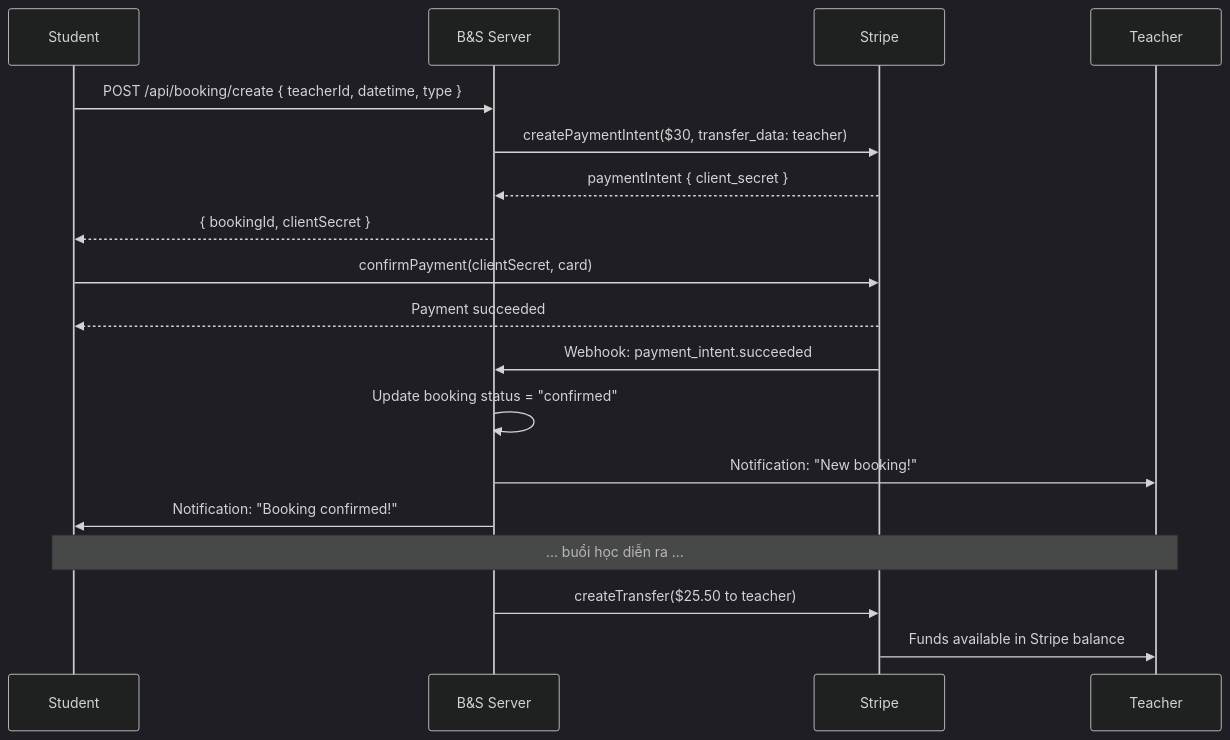
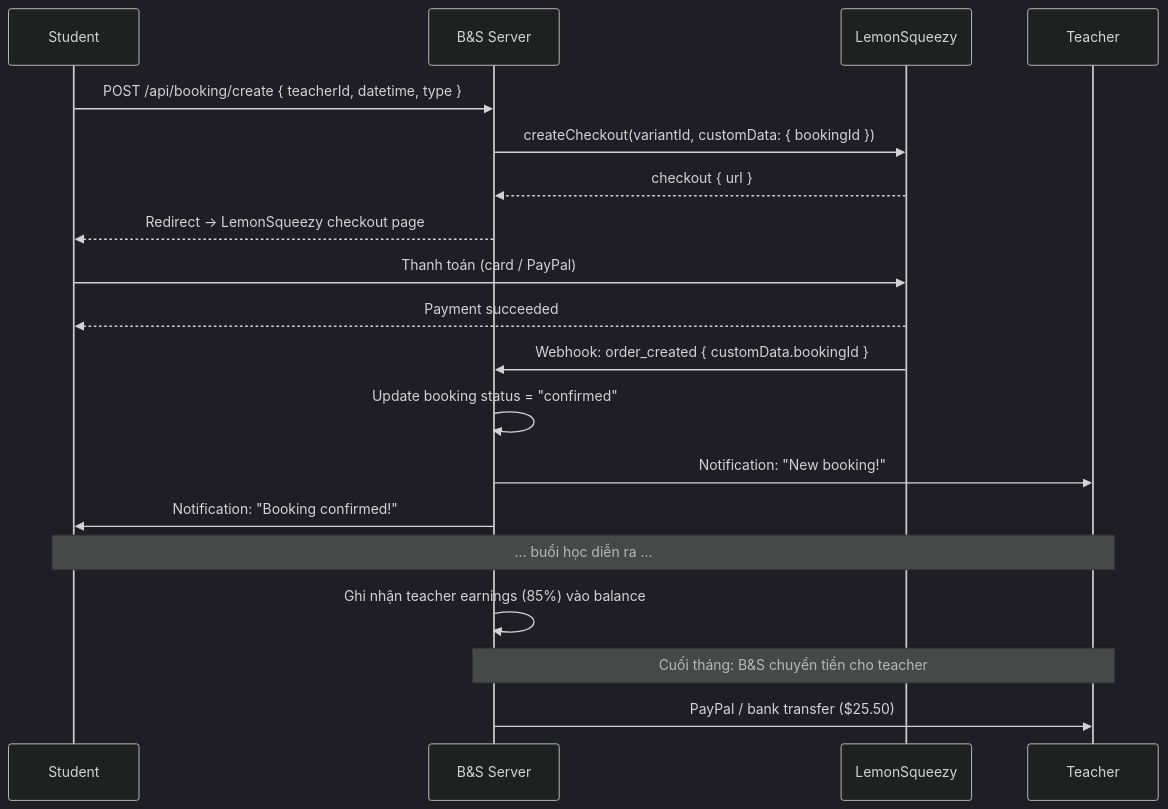
The first of 3 diagrams in docs/main/classroom_marketplace_system_design.md (trungtrungkang/backing-score), drawn with Mermaid (dark theme) before and after one commit. The commit also changed other lines of this file and 2 other files, not shown here.

First line of the commit message:
docs: replace Stripe Connect with LemonSqueezy payment architecture

````diff
--- a/docs/main/classroom_marketplace_system_design.md
+++ b/docs/main/classroom_marketplace_system_design.md
@@ -465,23 +533,24 @@
 ```mermaid
 sequenceDiagram
     participant S as Student
     participant B as B&S Server
-    participant ST as Stripe
+    participant LS as LemonSqueezy
     participant T as Teacher
 
     S->>B: POST /api/booking/create { teacherId, datetime, type }
-    B->>ST: createPaymentIntent($30, transfer_data: teacher)
-    ST-->>B: paymentIntent { client_secret }
-    B-->>S: { bookingId, clientSecret }
-    S->>ST: confirmPayment(clientSecret, card)
-    ST-->>S: Payment succeeded
-    ST->>B: Webhook: payment_intent.succeeded
+    B->>LS: createCheckout(variantId, customData: { bookingId })
+    LS-->>B: checkout { url }
+    B-->>S: Redirect → LemonSqueezy checkout page
+    S->>LS: Thanh toán (card / PayPal)
+    LS-->>S: Payment succeeded
+    LS->>B: Webhook: order_created { customData.bookingId }
     B->>B: Update booking status = "confirmed"
     B->>T: Notification: "New booking!"
     B->>S: Notification: "Booking confirmed!"
 
     Note over S,T: ... buổi học diễn ra ...
 
-    B->>ST: createTransfer($25.50 to teacher)
-    ST->>T: Funds available in Stripe balance
+    B->>B: Ghi nhận teacher earnings (85%) vào balance
+    Note over B,T: Cuối tháng: B&S chuyển tiền cho teacher
+    B->>T: PayPal / bank transfer ($25.50)
 ```
````
